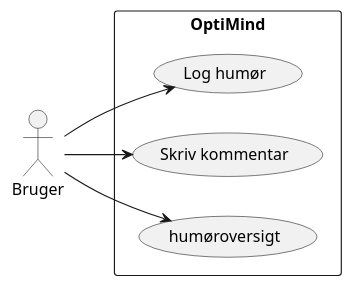
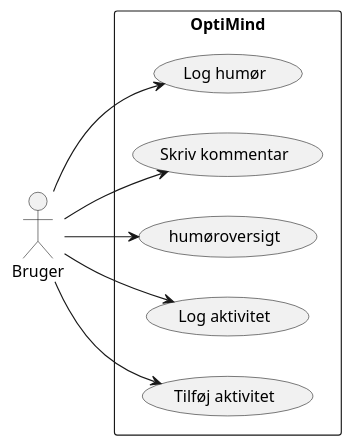
Before and after one commit to JuliusLansner/OptiMind: the diagram in UseCases.puml, drawn with PlantUML. The commit also changed 3 other files, not shown here.

```diff
--- a/UseCases.puml
+++ b/UseCases.puml
@@ -1,16 +1,19 @@
 @startuml 
 
 
 left to right direction
 
 
 actor Bruger
 
 rectangle OptiMind{
   Bruger --> (Log humør)
   Bruger --> (Skriv kommentar)
   Bruger --> (humøroversigt)
+  Bruger --> (Log aktivitet)
+  Bruger --> (Tilføj aktivitet)
+
   
 
 }
 @enduml
```
